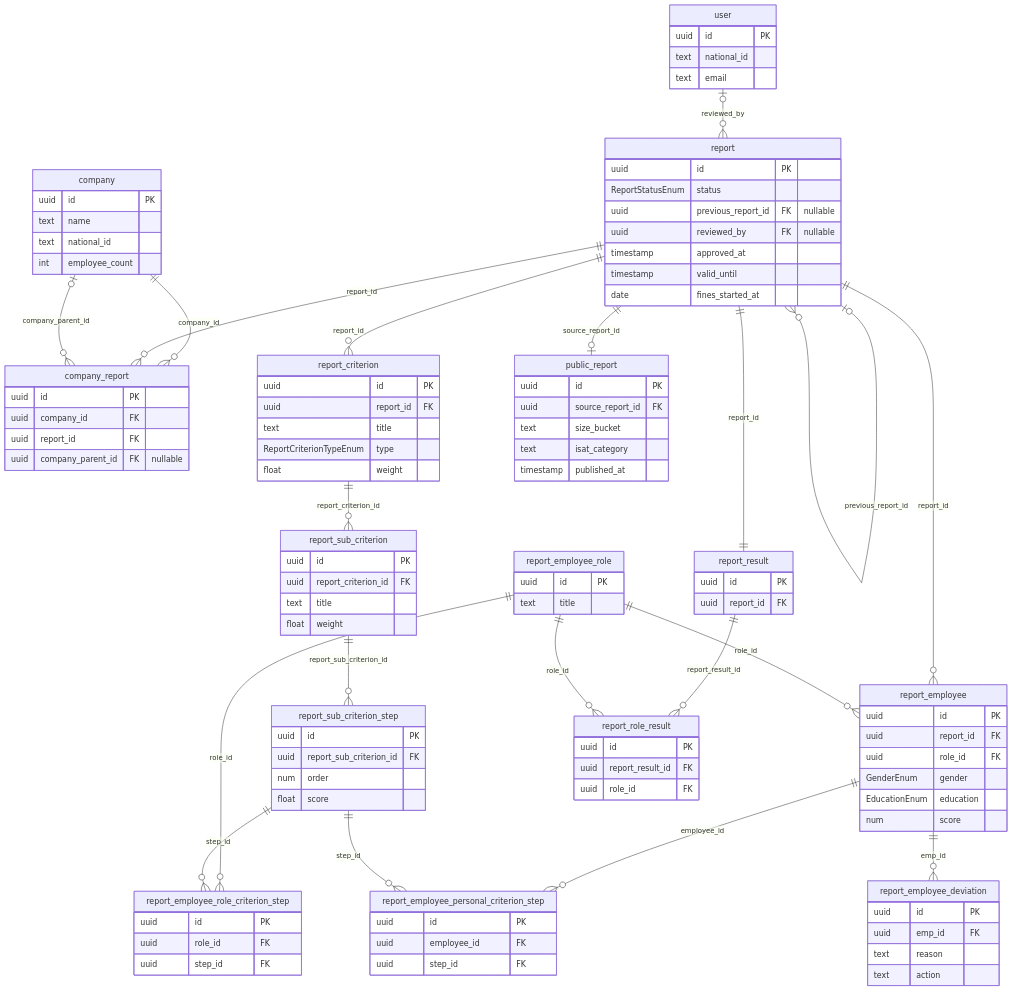
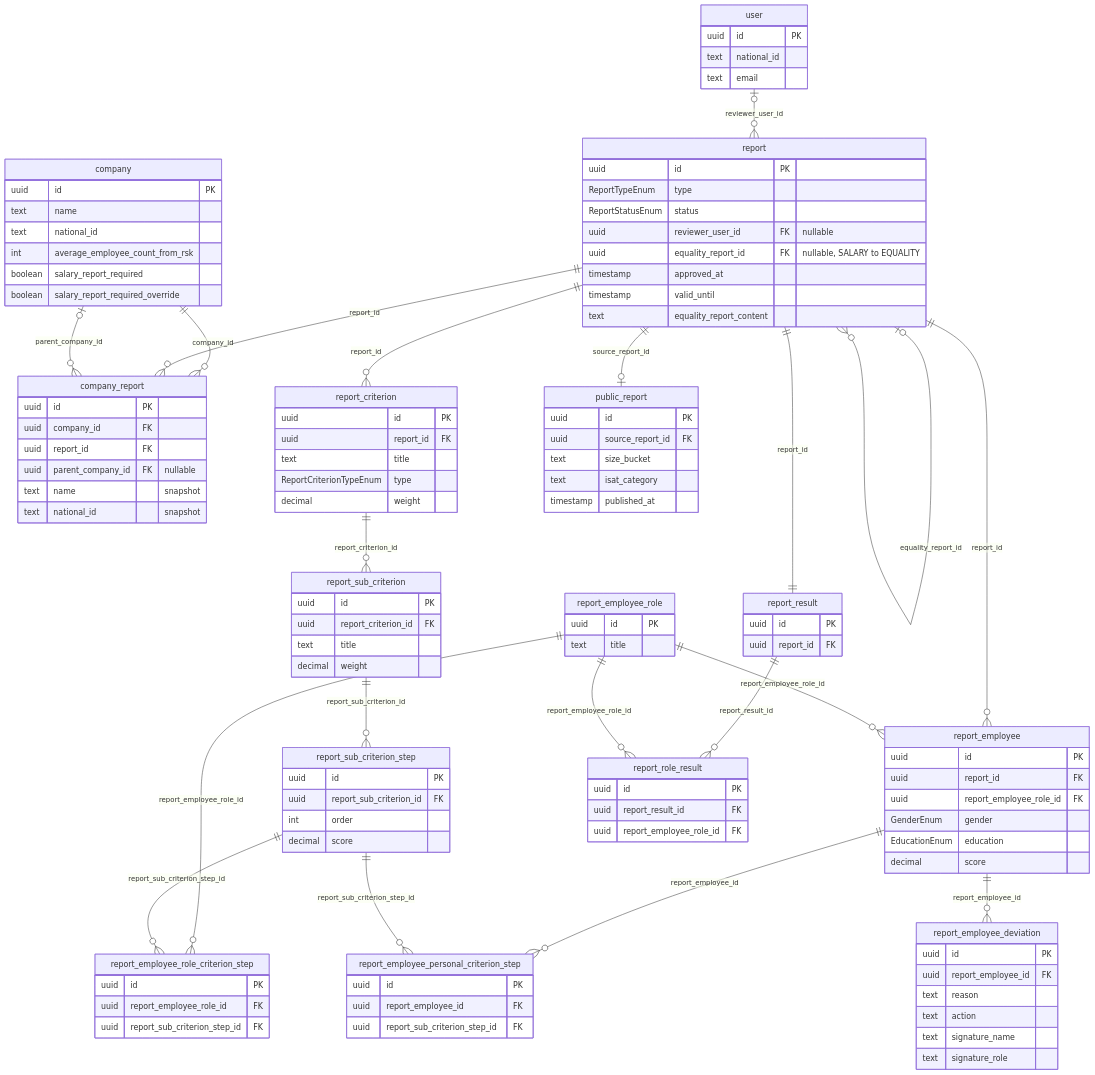
Before and after one commit to DMR-is/dmr.is: the diagram in apps/directorate-of-equality-api/db/DIAGRAM.md, drawn with Mermaid. The commit also changed 1 other file, not shown here.

Commit message:
More DB updates.

````diff
--- a/apps/directorate-of-equality-api/db/DIAGRAM.md
+++ b/apps/directorate-of-equality-api/db/DIAGRAM.md
@@ -18,49 +18,54 @@
         uuid id PK
         text name
         text national_id
-        int employee_count
+        int average_employee_count_from_rsk
+        boolean salary_report_required
+        boolean salary_report_required_override
     }
     company_report {
         uuid id PK
         uuid company_id FK
         uuid report_id FK
-        uuid company_parent_id FK "nullable"
+        uuid parent_company_id FK "nullable"
+        text name "snapshot"
+        text national_id "snapshot"
     }
     report {
         uuid id PK
+        ReportTypeEnum type
         ReportStatusEnum status
-        uuid previous_report_id FK "nullable"
-        uuid reviewed_by FK "nullable"
+        uuid reviewer_user_id FK "nullable"
+        uuid equality_report_id FK "nullable, SALARY to EQUALITY"
         timestamp approved_at
         timestamp valid_until
-        date fines_started_at
+        text equality_report_content
     }
     report_criterion {
         uuid id PK
         uuid report_id FK
         text title
         ReportCriterionTypeEnum type
-        float weight
+        decimal weight
     }
     report_sub_criterion {
         uuid id PK
         uuid report_criterion_id FK
         text title
-        float weight
+        decimal weight
     }
     report_sub_criterion_step {
         uuid id PK
         uuid report_sub_criterion_id FK
-        num order
-        float score
+        int order
+        decimal score
     }
     report_employee {
         uuid id PK
         uuid report_id FK
-        uuid role_id FK
+        uuid report_employee_role_id FK
         GenderEnum gender
         EducationEnum education
-        num score
+        decimal score
     }
     report_employee_role {
         uuid id PK
@@ -68,19 +73,21 @@
     }
     report_employee_deviation {
         uuid id PK
-        uuid emp_id FK
+        uuid report_employee_id FK
         text reason
         text action
+        text signature_name
+        text signature_role
     }
     report_employee_role_criterion_step {
         uuid id PK
-        uuid role_id FK
-        uuid step_id FK
+        uuid report_employee_role_id FK
+        uuid report_sub_criterion_step_id FK
     }
     report_employee_personal_criterion_step {
         uuid id PK
-        uuid employee_id FK
-        uuid step_id FK
+        uuid report_employee_id FK
+        uuid report_sub_criterion_step_id FK
     }
     report_result {
         uuid id PK
@@ -89,7 +96,7 @@
     report_role_result {
         uuid id PK
         uuid report_result_id FK
-        uuid role_id FK
+        uuid report_employee_role_id FK
     }
     public_report {
         uuid id PK
@@ -101,28 +108,28 @@
 
     company ||--o{ company_report : "company_id"
     report ||--o{ company_report : "report_id"
-    company |o--o{ company_report : "company_parent_id"
+    company |o--o{ company_report : "parent_company_id"
 
-    user |o--o{ report : "reviewed_by"
-    report |o--o{ report : "previous_report_id"
+    user |o--o{ report : "reviewer_user_id"
+    report |o--o{ report : "equality_report_id"
 
     report ||--o{ report_criterion : "report_id"
     report_criterion ||--o{ report_sub_criterion : "report_criterion_id"
     report_sub_criterion ||--o{ report_sub_criterion_step : "report_sub_criterion_id"
 
     report ||--o{ report_employee : "report_id"
-    report_employee_role ||--o{ report_employee : "role_id"
-    report_employee ||--o{ report_employee_deviation : "emp_id"
+    report_employee_role ||--o{ report_employee : "report_employee_role_id"
+    report_employee ||--o{ report_employee_deviation : "report_employee_id"
 
-    report_employee_role ||--o{ report_employee_role_criterion_step : "role_id"
-    report_sub_criterion_step ||--o{ report_employee_role_criterion_step : "step_id"
+    report_employee_role ||--o{ report_employee_role_criterion_step : "report_employee_role_id"
+    report_sub_criterion_step ||--o{ report_employee_role_criterion_step : "report_sub_criterion_step_id"
 
-    report_employee ||--o{ report_employee_personal_criterion_step : "employee_id"
-    report_sub_criterion_step ||--o{ report_employee_personal_criterion_step : "step_id"
+    report_employee ||--o{ report_employee_personal_criterion_step : "report_employee_id"
+    report_sub_criterion_step ||--o{ report_employee_personal_criterion_step : "report_sub_criterion_step_id"
 
     report ||--|| report_result : "report_id"
     report_result ||--o{ report_role_result : "report_result_id"
-    report_employee_role ||--o{ report_role_result : "role_id"
+    report_employee_role ||--o{ report_role_result : "report_employee_role_id"
 
     report ||--o| public_report : "source_report_id"
 ```
````
